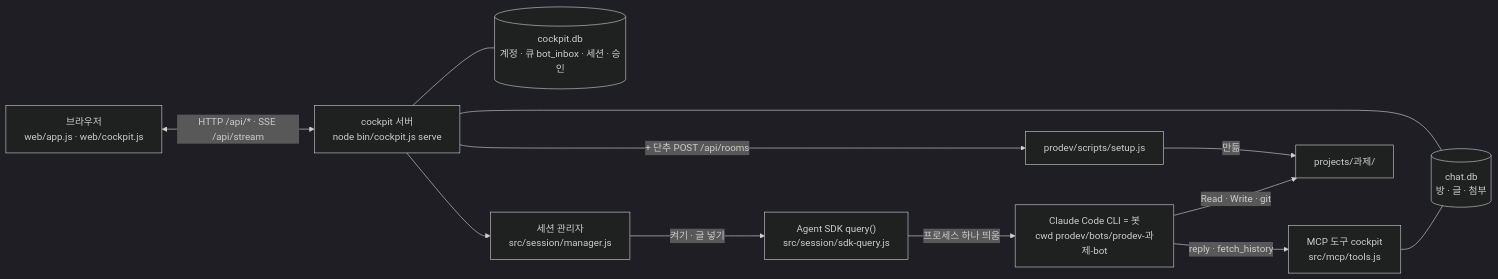
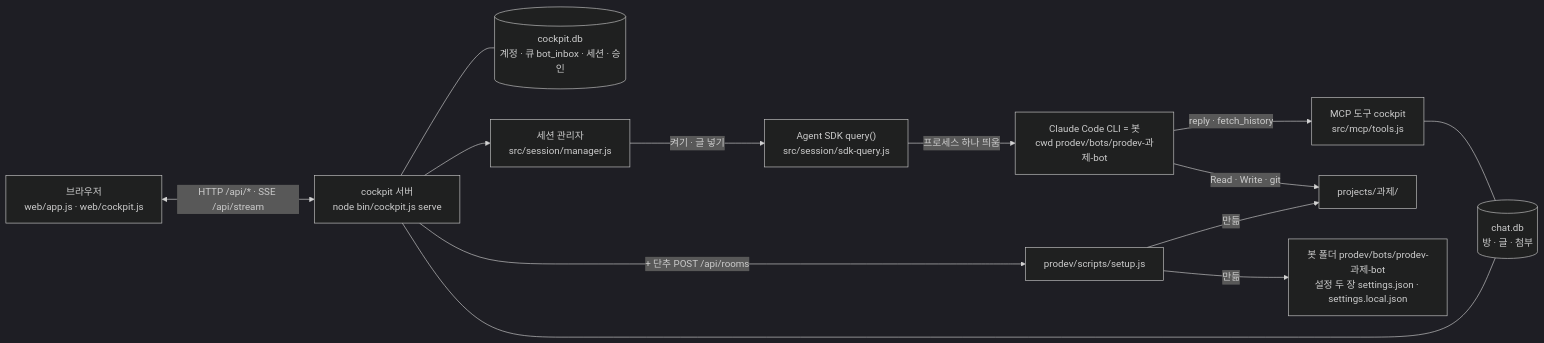
Before and after one commit to bjw202/cockpit: the first of 4 diagrams in README.md, drawn with Mermaid (dark theme). The commit also changed other lines of this file, not shown here.

````diff
--- a/README.md
+++ b/README.md
@@ -16,24 +16,26 @@
 ```mermaid
 flowchart LR
     BR["브라우저<br/>web/app.js · web/cockpit.js"]
     SV["cockpit 서버<br/>node bin/cockpit.js serve"]
     CDB[("chat.db<br/>방 · 글 · 첨부")]
     KDB[("cockpit.db<br/>계정 · 큐 bot_inbox · 세션 · 승인")]
     MG["세션 관리자<br/>src/session/manager.js"]
     SDK["Agent SDK query()<br/>src/session/sdk-query.js"]
     CLI["Claude Code CLI = 봇<br/>cwd prodev/bots/prodev-과제-bot"]
     MCP["MCP 도구 cockpit<br/>src/mcp/tools.js"]
     SET["prodev/scripts/setup.js"]
     PJ["projects/과제/"]
+    BF["봇 폴더 prodev/bots/prodev-과제-bot<br/>설정 두 장 settings.json · settings.local.json"]
     BR <-->|"HTTP /api/* · SSE /api/stream"| SV
     SV --- CDB
     SV --- KDB
     SV -->|"+ 단추 POST /api/rooms"| SET
     SET -->|"만듦"| PJ
+    SET -->|"만듦"| BF
     SV --> MG
     MG -->|"켜기 · 글 넣기"| SDK
     SDK -->|"프로세스 하나 띄움"| CLI
     CLI -->|"reply · fetch_history"| MCP
     MCP --- CDB
     CLI -->|"Read · Write · git"| PJ
 ```
````
